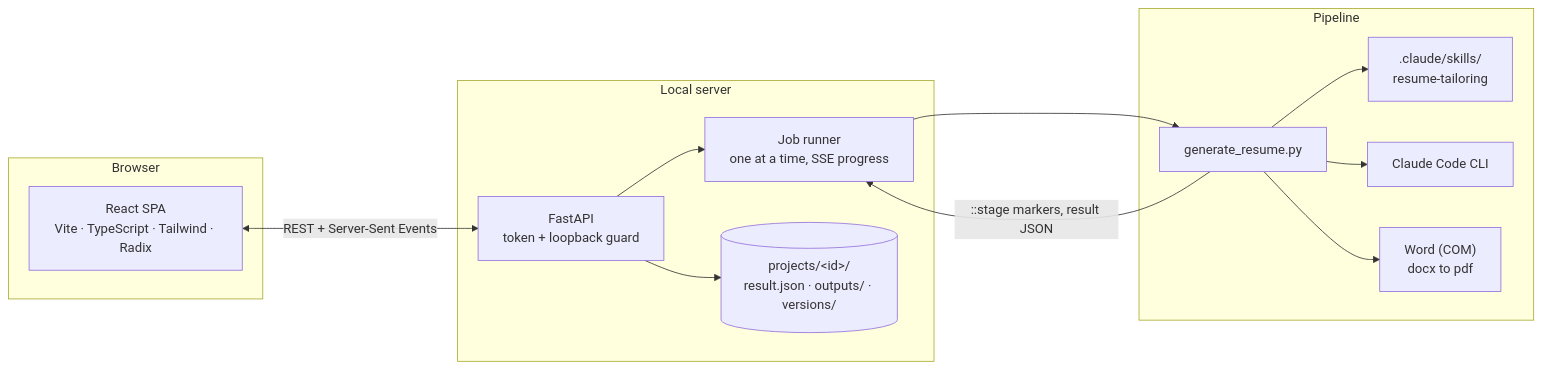
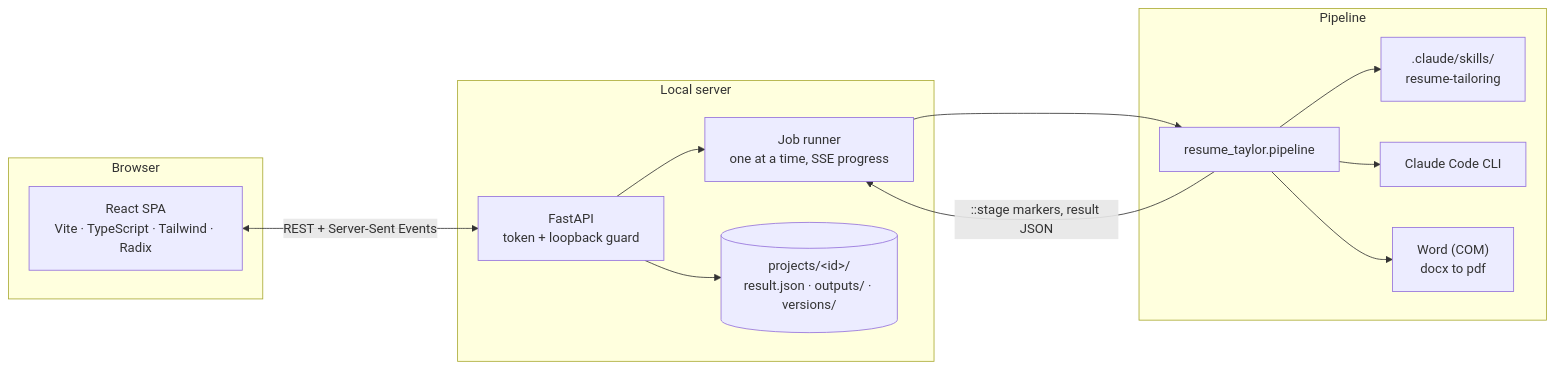
The diagram in CONTRIBUTING.md (ThatShelbs/cc_resume_creator), drawn with Mermaid before and after one commit. The commit also changed other lines of this file and 311 other files, not shown here.

````diff
--- a/CONTRIBUTING.md
+++ b/CONTRIBUTING.md
@@ -45,24 +48,24 @@
 ```mermaid
 flowchart LR
   subgraph Browser
     UI["React SPA<br/>Vite · TypeScript · Tailwind · Radix"]
   end
   subgraph Local server
     API["FastAPI<br/>token + loopback guard"]
     Jobs["Job runner<br/>one at a time, SSE progress"]
     Store[("projects/&lt;id&gt;/<br/>result.json · outputs/ · versions/")]
   end
   subgraph Pipeline
-    Gen["generate_resume.py"]
+    Gen["resume_taylor.pipeline"]
     Skill[".claude/skills/<br/>resume-tailoring"]
     CLI["Claude Code CLI"]
     Word["Word (COM)<br/>docx to pdf"]
   end
   UI <-->|"REST + Server-Sent Events"| API
   API --> Store
   API --> Jobs --> Gen
   Gen --> Skill
   Gen --> CLI
   Gen --> Word
   Gen -->|"::stage markers, result JSON"| Jobs
 ```
````
